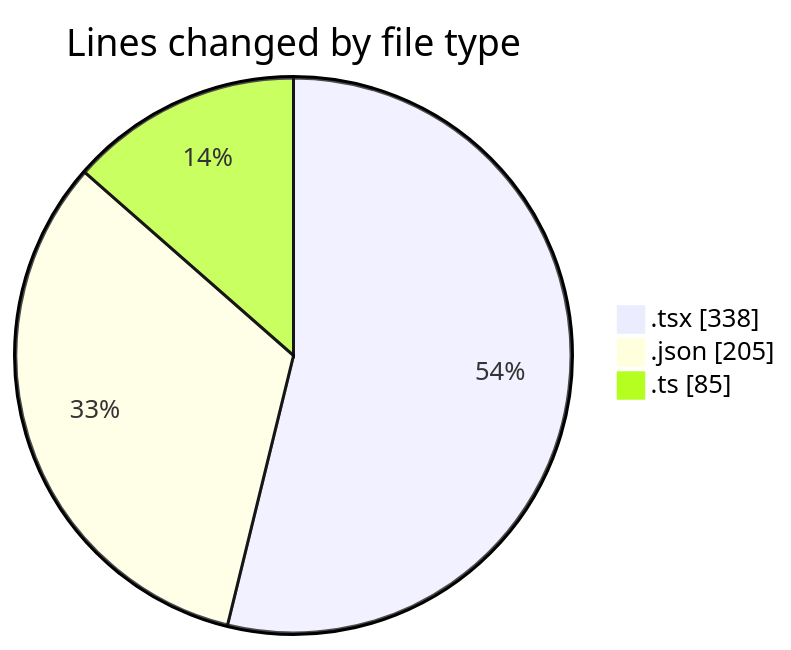
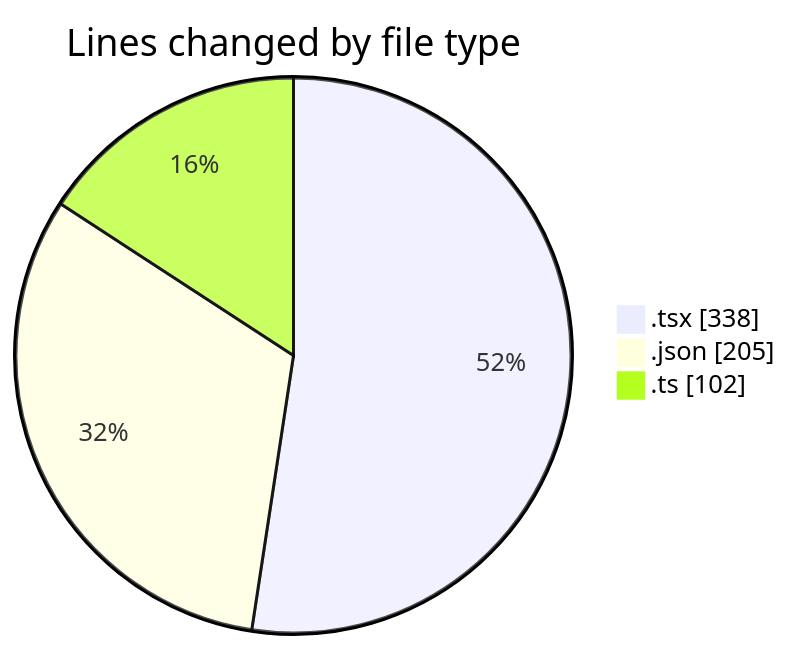
One commit to Elitesun/code-tracking changed the first of 2 diagrams in 2025-04-30/niten/README.md. Above: the diagram before and after it, drawn with Mermaid. The commit also changed other lines of this file and 1 other file, not shown here.

````diff
--- a/2025-04-30/niten/README.md
+++ b/2025-04-30/niten/README.md
@@ -30,7 +30,7 @@
 ```mermaid
 pie showData
 title Lines changed by file type
 ".tsx" : 338
 ".json" : 205
-".ts" : 85
+".ts" : 102
 ```
````
